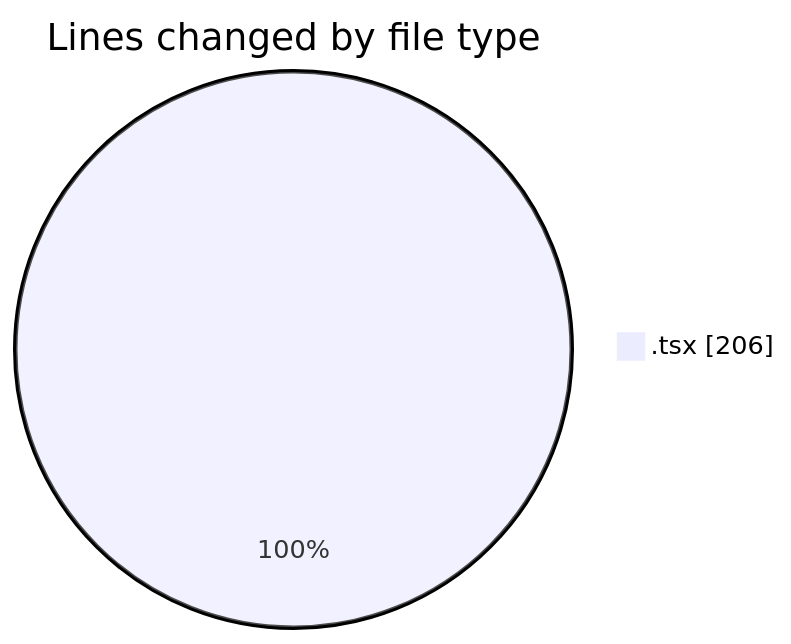
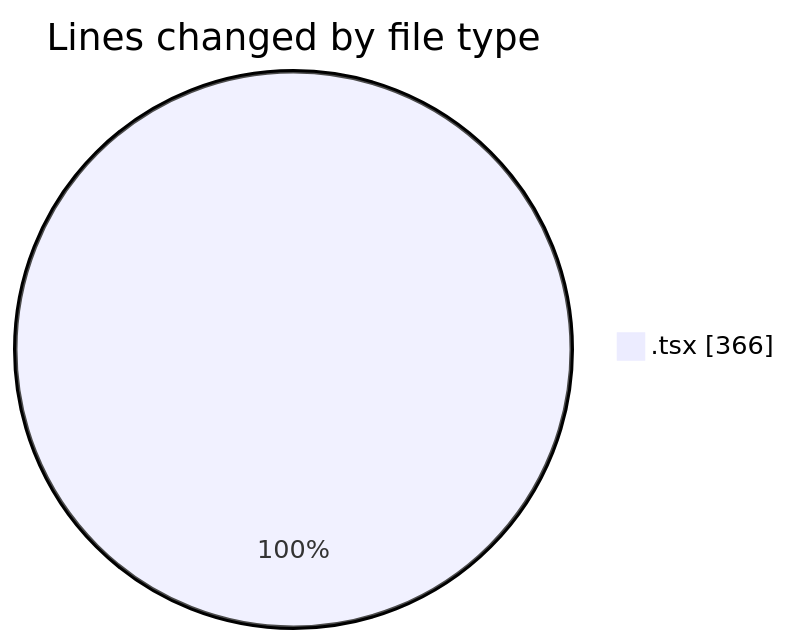
One commit to nxtqubesakshisongat/code-tracking changed the first of 2 diagrams in 2026-07-06/nxtqube_webapp/README.md. Above: the diagram before and after it, drawn with Mermaid. The commit also changed other lines of this file and 1 other file, not shown here.

````diff
--- a/2026-07-06/nxtqube_webapp/README.md
+++ b/2026-07-06/nxtqube_webapp/README.md
@@ -20,5 +21,5 @@
 ```mermaid
 pie showData
 title Lines changed by file type
-".tsx" : 206
+".tsx" : 366
 ```
````
